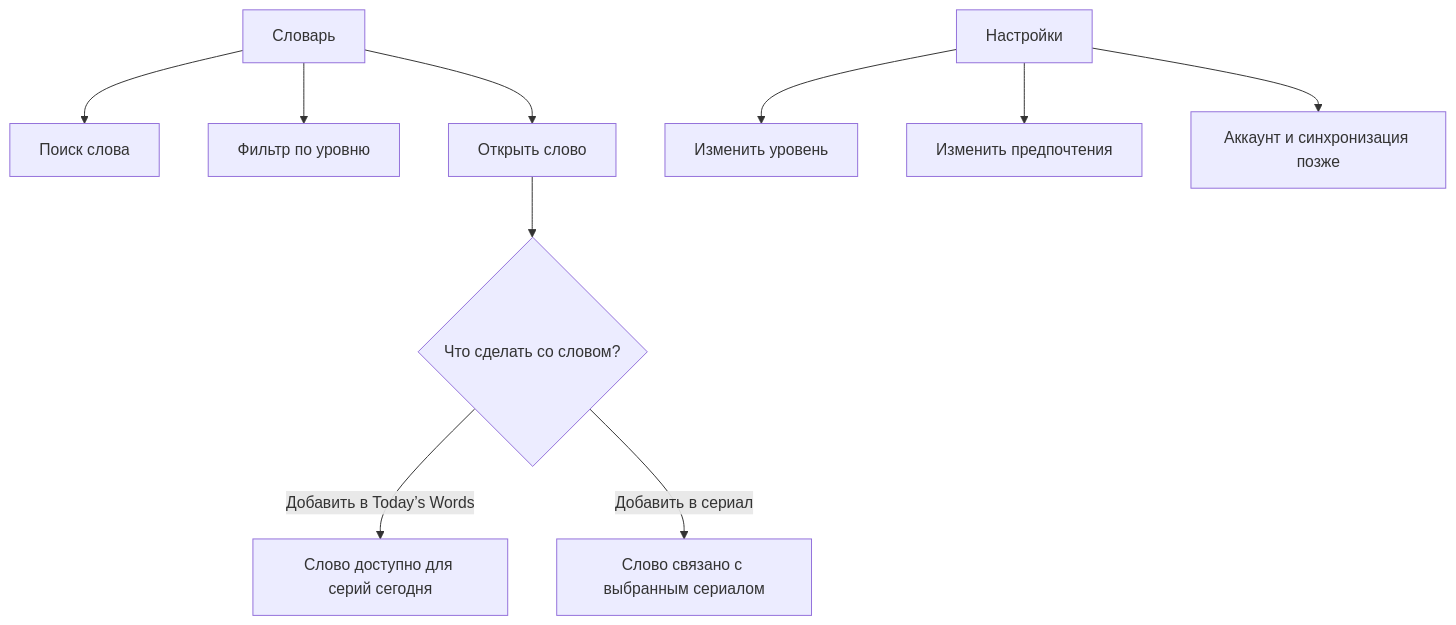
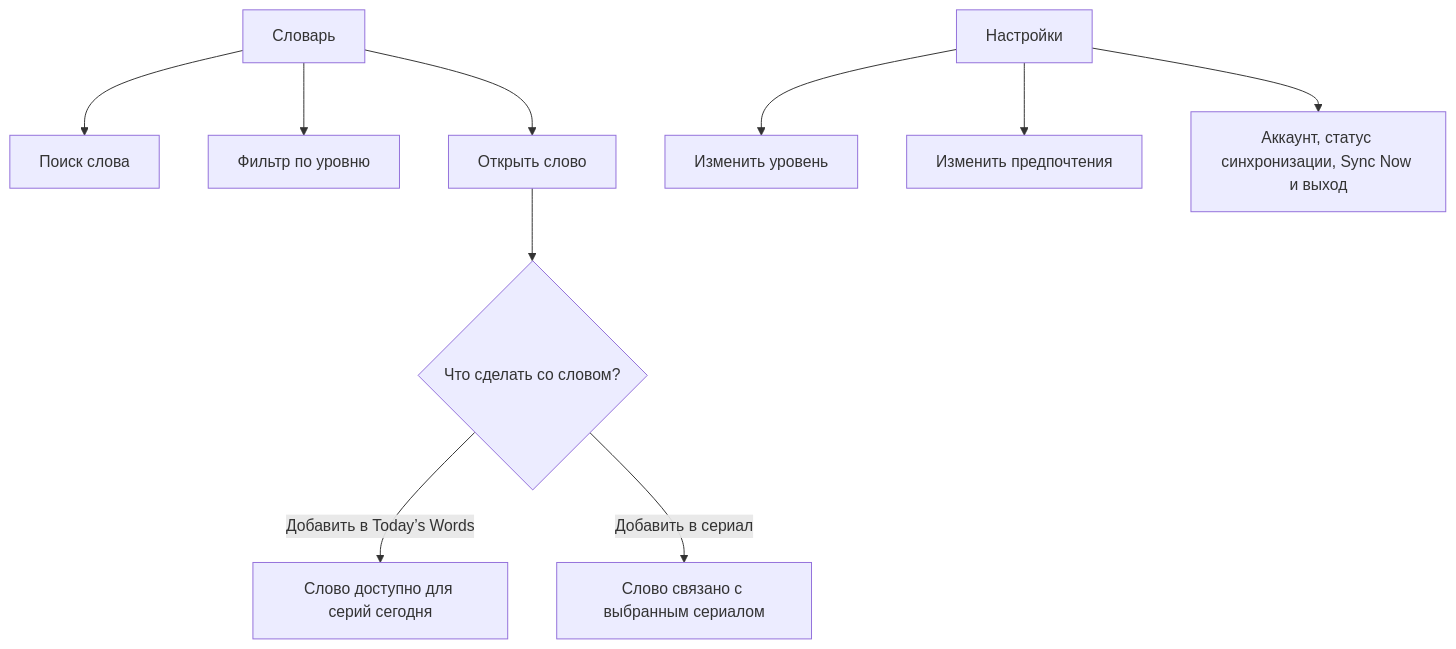
Before and after one commit to Gamshik/narrumi: the ninth of 10 diagrams in concept/user_flow_schema.md, drawn with Mermaid. The commit also changed other lines of this file and 14 other files, not shown here.

````diff
--- a/concept/user_flow_schema.md
+++ b/concept/user_flow_schema.md
@@ -241,13 +224,13 @@
 ```mermaid
 flowchart TD
     A["Словарь"] --> B["Поиск слова"]
     A --> C["Фильтр по уровню"]
     A --> D["Открыть слово"]
     D --> E{"Что сделать со словом?"}
     E -- "Добавить в Today’s Words" --> F["Слово доступно для серий сегодня"]
     E -- "Добавить в сериал" --> G["Слово связано с выбранным сериалом"]
 
     I["Настройки"] --> J["Изменить уровень"]
     I --> K["Изменить предпочтения"]
-    I --> L["Аккаунт и синхронизация позже"]
+    I --> L["Аккаунт, статус синхронизации, Sync Now и выход"]
 ```
````
